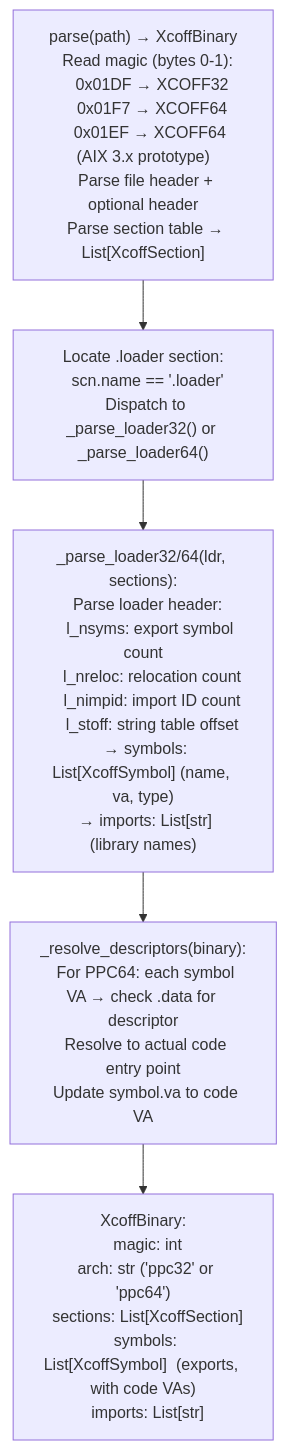
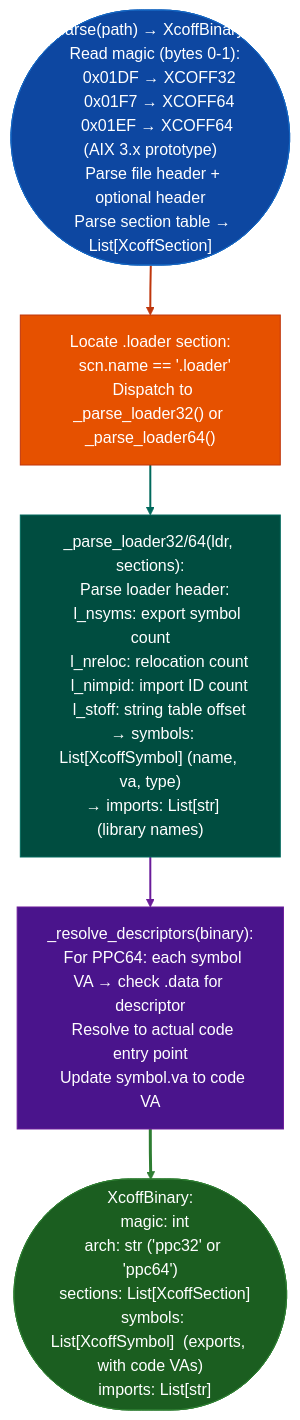
The diagram in docs/reference-modules/standalone-xcoff-symbol-resolution.md (Ablation-Tool/ablation), drawn with Mermaid before and after one commit. The commit also changed 320 other files, not shown here.

First line of the commit message:
docs: apply canonical Mermaid template to all 321 diagrams

````diff
--- a/docs/reference-modules/standalone-xcoff-symbol-resolution.md
+++ b/docs/reference-modules/standalone-xcoff-symbol-resolution.md
@@ -19,7 +19,17 @@
 ```mermaid
 flowchart TD
-    A["parse(path) → XcoffBinary\n  Read magic (bytes 0-1):\n    0x01DF → XCOFF32\n    0x01F7 → XCOFF64\n    0x01EF → XCOFF64 (AIX 3.x prototype)\n  Parse file header + optional header\n  Parse section table → List[XcoffSection]"] --> B["Locate .loader section:\n  scn.name == '.loader'\n  Dispatch to _parse_loader32() or _parse_loader64()"]
-    B --> C["_parse_loader32/64(ldr, sections):\n  Parse loader header:\n    l_nsyms: export symbol count\n    l_nreloc: relocation count\n    l_nimpid: import ID count\n    l_stoff: string table offset\n  → symbols: List[XcoffSymbol] (name, va, type)\n  → imports: List[str] (library names)"]
-    C --> D["_resolve_descriptors(binary):\n  For PPC64: each symbol VA → check .data for descriptor\n  Resolve to actual code entry point\n  Update symbol.va to code VA"]
-    D --> E["XcoffBinary:\n  magic: int\n  arch: str ('ppc32' or 'ppc64')\n  sections: List[XcoffSection]\n  symbols: List[XcoffSymbol]  (exports, with code VAs)\n  imports: List[str]"]
+    A(["parse(path) → XcoffBinary\n  Read magic (bytes 0-1):\n    0x01DF → XCOFF32\n    0x01F7 → XCOFF64\n    0x01EF → XCOFF64 (AIX 3.x prototype)\n  Parse file header + optional header\n  Parse section table → List[XcoffSection]"]):::input --> B["Locate .loader section:\n  scn.name == '.loader'\n  Dispatch to _parse_loader32() or _parse_loader64()"]:::primary
+    B:::primary --> C["_parse_loader32/64(ldr, sections):\n  Parse loader header:\n    l_nsyms: export symbol count\n    l_nreloc: relocation count\n    l_nimpid: import ID count\n    l_stoff: string table offset\n  → symbols: List[XcoffSymbol] (name, va, type)\n  → imports: List[str] (library names)"]:::secondary
+    C:::secondary --> D["_resolve_descriptors(binary):\n  For PPC64: each symbol VA → check .data for descriptor\n  Resolve to actual code entry point\n  Update symbol.va to code VA"]:::tertiary
+    D:::tertiary --> E(["XcoffBinary:\n  magic: int\n  arch: str ('ppc32' or 'ppc64')\n  sections: List[XcoffSection]\n  symbols: List[XcoffSymbol]  (exports, with code VAs)\n  imports: List[str]"]):::output
+    classDef input     fill:#0d47a1,stroke:#1565c0,color:#fff
+    classDef primary   fill:#e65100,stroke:#bf360c,color:#fff
+    classDef secondary fill:#004d40,stroke:#00695c,color:#fff
+    classDef tertiary  fill:#4a148c,stroke:#6a1b9a,color:#fff
+    classDef neutral   fill:#37474f,stroke:#546e7a,color:#fff
+    classDef output    fill:#1b5e20,stroke:#2e7d32,color:#fff
+    linkStyle 0 stroke:#bf360c,stroke-width:2px
+    linkStyle 1 stroke:#00695c,stroke-width:2px
+    linkStyle 2 stroke:#6a1b9a,stroke-width:2px
+    linkStyle 3 stroke:#2e7d32,stroke-width:3px
 ```
````
